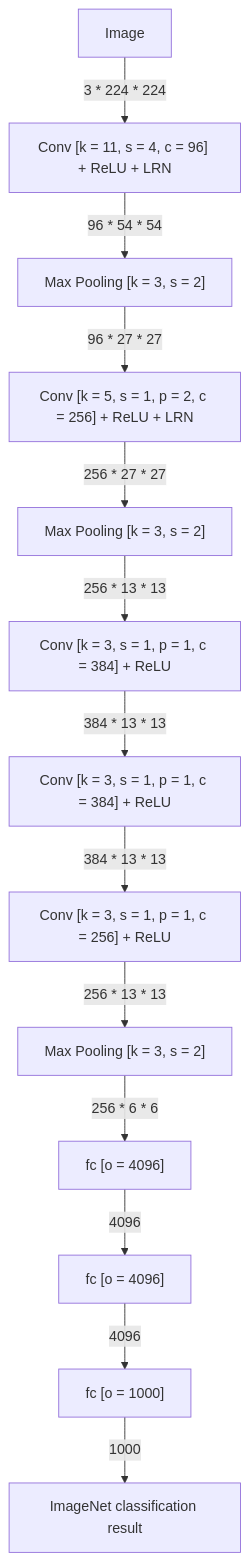
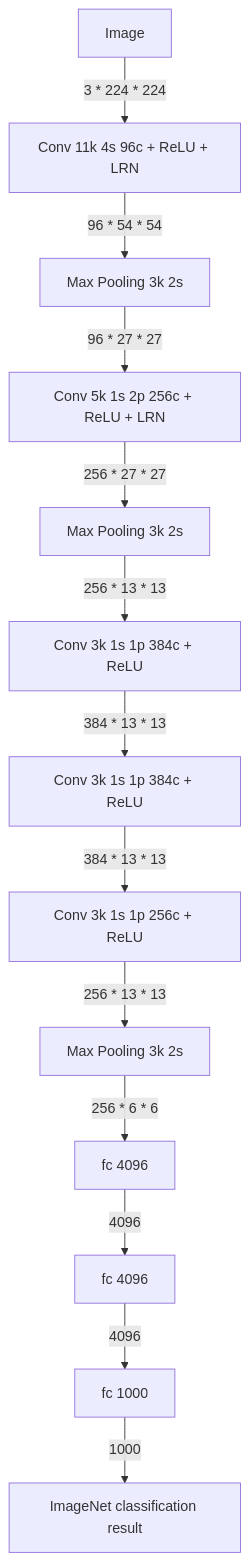
One commit to ybch14/ybch14.github.io changed the diagram in ImageNet_evolution/AlexNet.md. Above: the diagram before and after it, drawn with Mermaid. The commit also changed 1 other file, not shown here.

Commit message:
Update GoogLeNet

```diff
--- a/ImageNet_evolution/AlexNet.md
+++ b/ImageNet_evolution/AlexNet.md
@@ -37,28 +37,28 @@
 <div class="mermaid" id="mermaid-graph" style="display: block">
     graph TD;
     image["Image"];
-    conv1["Conv [k = 11, s = 4, c = 96] + ReLU + LRN"];
-    pool1["Max Pooling [k = 3, s = 2]"];
-    conv2["Conv [k = 5, s = 1, p = 2, c = 256] + ReLU + LRN"];
-    pool2["Max Pooling [k = 3, s = 2]"];
-    conv3["Conv [k = 3, s = 1, p = 1, c = 384] + ReLU"];
-    conv4["Conv [k = 3, s = 1, p = 1, c = 384] + ReLU"];
-    conv5["Conv [k = 3, s = 1, p = 1, c = 256] + ReLU"];
-    pool5["Max Pooling [k = 3, s = 2]"];
-    fc6["fc [o = 4096]"];
-    fc7["fc [o = 4096]"];
-    fc8["fc [o = 1000]"];
+    conv1["Conv 11k 4s 96c + ReLU + LRN"];
+    pool1["Max Pooling 3k 2s"];
+    conv2["Conv 5k 1s 2p 256c + ReLU + LRN"];
+    pool2["Max Pooling 3k 2s"];
+    conv3["Conv 3k 1s 1p 384c + ReLU"];
+    conv4["Conv 3k 1s 1p 384c + ReLU"];
+    conv5["Conv 3k 1s 1p 256c + ReLU"];
+    pool5["Max Pooling 3k 2s"];
+    fc6["fc 4096"];
+    fc7["fc 4096"];
+    fc8["fc 1000"];
     pred["ImageNet classification result"];
     image -->|"3 * 224 * 224"| conv1;
     conv1 -->|"96 * 54 * 54"| pool1;
     pool1 -->|"96 * 27 * 27"| conv2;
     conv2 -->|"256 * 27 * 27"| pool2;
     pool2 -->|"256 * 13 * 13"| conv3;
     conv3 -->|"384 * 13 * 13"| conv4;
     conv4 -->|"384 * 13 * 13"| conv5;
     conv5 -->|"256 * 13 * 13"| pool5;
     pool5 -->|"256 * 6 * 6"| fc6;
     fc6 -->|"4096"| fc7;
     fc7 -->|"4096"| fc8;
     fc8 -->|"1000"| pred;
 </div>
```
